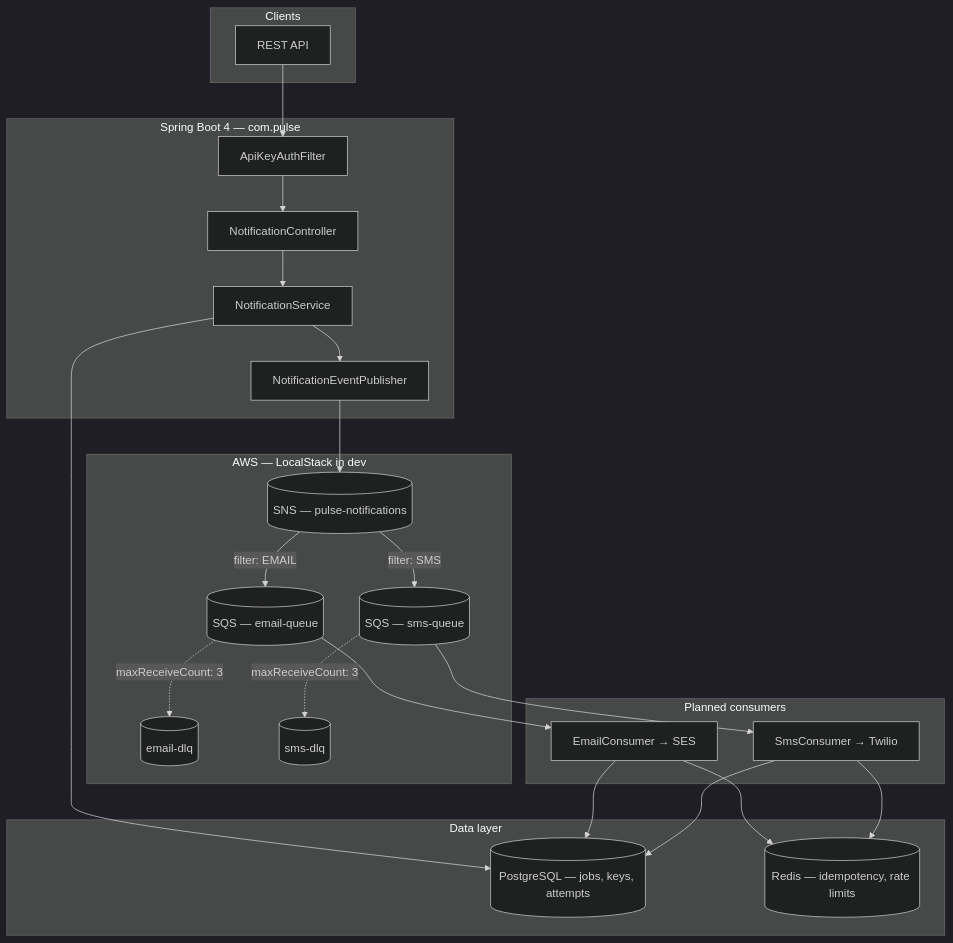
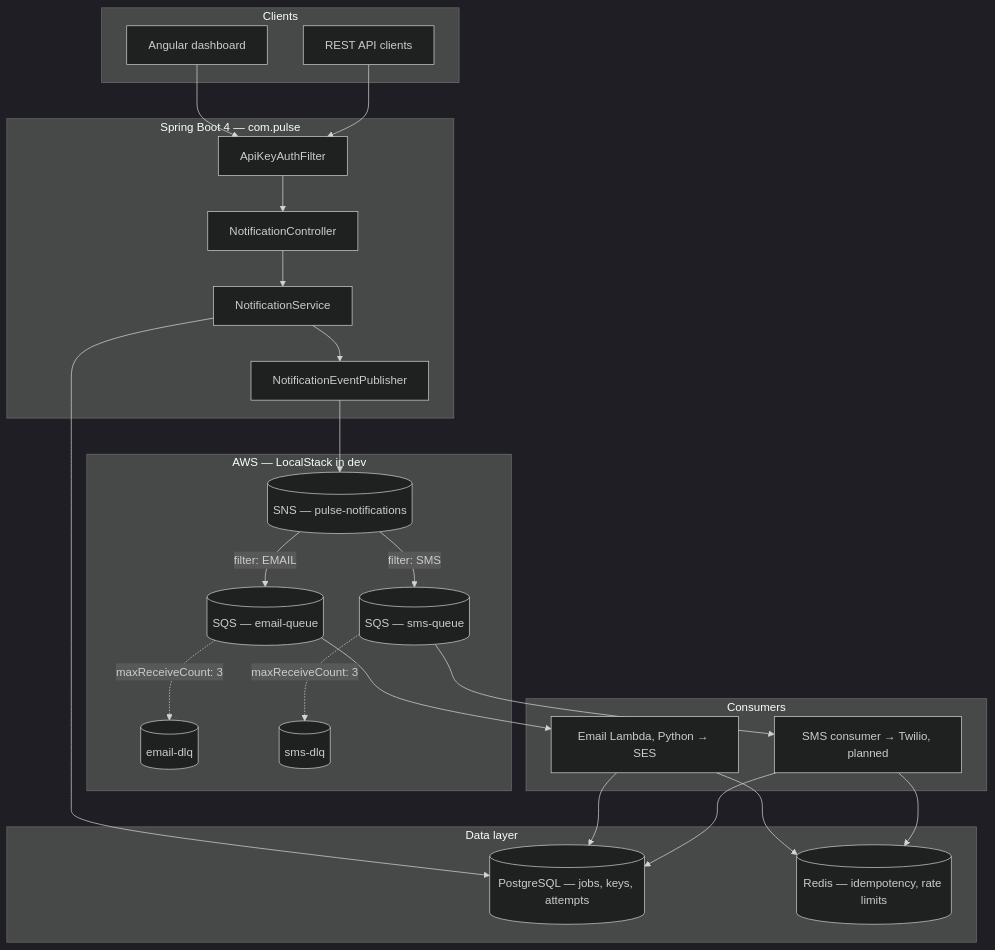
Before and after one commit to Nvafeomo/Pulse: the diagram in README.md, drawn with Mermaid (dark theme). The commit also changed other lines of this file, not shown here.

Commit message:
Update README with dashboard, email consumer, load testing, and deployment docs

````diff
--- a/README.md
+++ b/README.md
@@ -13,48 +13,50 @@
 ```mermaid
 flowchart TB
     subgraph clients [Clients]
-        API[REST API]
+        UI[Angular dashboard]
+        API[REST API clients]
     end
 
     subgraph app [Spring Boot 4 — com.pulse]
         AUTH[ApiKeyAuthFilter]
         NC[NotificationController]
         NS[NotificationService]
         PUB[NotificationEventPublisher]
     end
 
     subgraph aws [AWS — LocalStack in dev]
         SNS[(SNS — pulse-notifications)]
         EQ[(SQS — email-queue)]
         SQ[(SQS — sms-queue)]
         EDQ[(email-dlq)]
         SDQ[(sms-dlq)]
     end
 
     subgraph data [Data layer]
         PG[(PostgreSQL — jobs, keys, attempts)]
         RD[(Redis — idempotency, rate limits)]
     end
 
-    subgraph consumers [Planned consumers]
-        EC[EmailConsumer → SES]
-        SC[SmsConsumer → Twilio]
+    subgraph consumers [Consumers]
+        EC[Email Lambda, Python → SES]
+        SC[SMS consumer → Twilio, planned]
     end
 
+    UI --> AUTH
     API --> AUTH
     AUTH --> NC
     NC --> NS
     NS --> PG
     NS --> PUB
     PUB --> SNS
     SNS -->|filter: EMAIL| EQ
     SNS -->|filter: SMS| SQ
     EQ -.->|maxReceiveCount: 3| EDQ
     SQ -.->|maxReceiveCount: 3| SDQ
     EQ --> EC
     SQ --> SC
     EC --> PG
     SC --> PG
     EC --> RD
     SC --> RD
 ```
````
